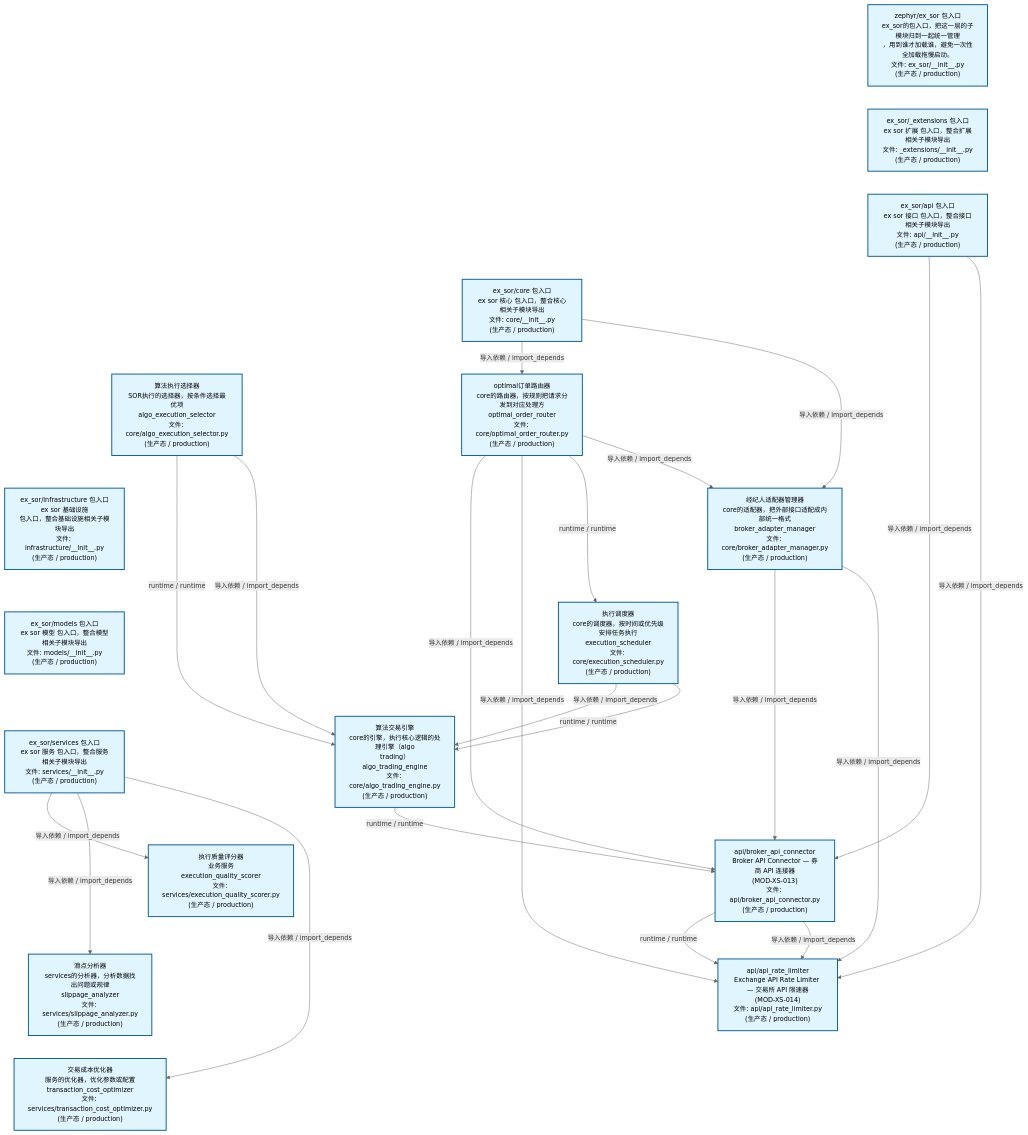
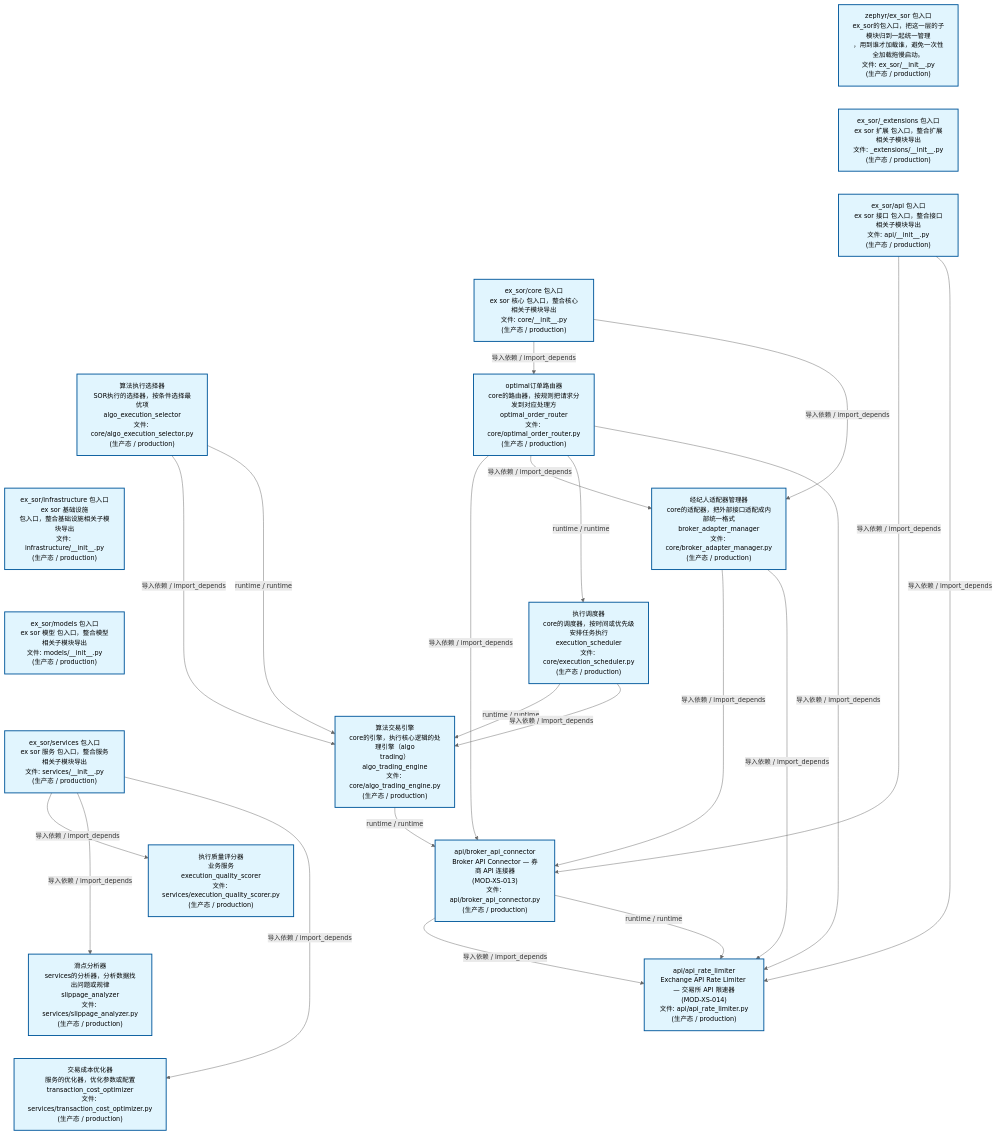
One commit to xuanFelixVan/ZephyrAlpha changed the second of 3 diagrams in docs/02_enterprise_architecture/02_domain_architecture_docs/45_d_ex_sor.md. Above: the diagram before and after it, drawn with Mermaid. The commit also changed other lines of this file and 46 other files, not shown here.

````diff
--- a/docs/02_enterprise_architecture/02_domain_architecture_docs/45_d_ex_sor.md
+++ b/docs/02_enterprise_architecture/02_domain_architecture_docs/45_d_ex_sor.md
@@ -134,57 +134,57 @@
 ```mermaid
 %%{init: {'theme': 'base', 'themeVariables': {'primaryColor': '#eaeaea', 'primaryTextColor': '#333333', 'primaryBorderColor': '#666666', 'lineColor': '#666666', 'secondaryColor': '#eaeaea', 'tertiaryColor': '#eaeaea', 'fontSize': '14px'}}}%%
 flowchart TD
     src_zephyr_ex_sor_init_py["zephyr/ex_sor 包入口<br/>ex_sor的包入口，把这一层的子模块归到一起统一管理<br/>，用到谁才加载谁，避免一次性全加载拖慢启动。<br/>文件: ex_sor/__init__.py<br/>(生产态 / production)"]
     src_zephyr_ex_sor_extensions_init_py["ex_sor/_extensions 包入口<br/>ex sor 扩展 包入口，整合扩展相关子模块导出<br/>文件: _extensions/__init__.py<br/>(生产态 / production)"]
     src_zephyr_ex_sor_api_init_py["ex_sor/api 包入口<br/>ex sor 接口 包入口，整合接口相关子模块导出<br/>文件: api/__init__.py<br/>(生产态 / production)"]
     src_zephyr_ex_sor_core_init_py["ex_sor/core 包入口<br/>ex sor 核心 包入口，整合核心相关子模块导出<br/>文件: core/__init__.py<br/>(生产态 / production)"]
     src_zephyr_ex_sor_core_algo_execution_selector_py["算法执行选择器<br/>SOR执行的选择器，按条件选择最优项<br/>algo_execution_selector<br/>文件: core/algo_execution_selector.py<br/>(生产态 / production)"]
     src_zephyr_ex_sor_infrastructure_init_py["ex_sor/infrastructure 包入口<br/>ex sor 基础设施<br/>包入口，整合基础设施相关子模块导出<br/>文件: infrastructure/__init__.py<br/>(生产态 / production)"]
     src_zephyr_ex_sor_models_init_py["ex_sor/models 包入口<br/>ex sor 模型 包入口，整合模型相关子模块导出<br/>文件: models/__init__.py<br/>(生产态 / production)"]
     src_zephyr_ex_sor_services_init_py["ex_sor/services 包入口<br/>ex sor 服务 包入口，整合服务相关子模块导出<br/>文件: services/__init__.py<br/>(生产态 / production)"]
     src_zephyr_ex_sor_init_py ~~~ src_zephyr_ex_sor_extensions_init_py
     src_zephyr_ex_sor_extensions_init_py ~~~ src_zephyr_ex_sor_api_init_py
     src_zephyr_ex_sor_api_init_py ~~~ src_zephyr_ex_sor_core_init_py
     src_zephyr_ex_sor_core_init_py ~~~ src_zephyr_ex_sor_core_algo_execution_selector_py
     src_zephyr_ex_sor_core_algo_execution_selector_py ~~~ src_zephyr_ex_sor_infrastructure_init_py
     src_zephyr_ex_sor_infrastructure_init_py ~~~ src_zephyr_ex_sor_models_init_py
     src_zephyr_ex_sor_models_init_py ~~~ src_zephyr_ex_sor_services_init_py
     src_zephyr_ex_sor_core_optimal_order_router_py["optimal订单路由器<br/>core的路由器，按规则把请求分发到对应处理方<br/>optimal_order_router<br/>文件: core/optimal_order_router.py<br/>(生产态 / production)"]
     src_zephyr_ex_sor_services_execution_quality_scorer_py["执行质量评分器<br/>业务服务<br/>execution_quality_scorer<br/>文件: services/execution_quality_scorer.py<br/>(生产态 / production)"]
     src_zephyr_ex_sor_services_slippage_analyzer_py["滑点分析器<br/>services的分析器，分析数据找出问题或规律<br/>slippage_analyzer<br/>文件: services/slippage_analyzer.py<br/>(生产态 / production)"]
     src_zephyr_ex_sor_services_transaction_cost_optimizer_py["交易成本优化器<br/>服务的优化器，优化参数或配置<br/>transaction_cost_optimizer<br/>文件: services/transaction_cost_optimizer.py<br/>(生产态 / production)"]
     src_zephyr_ex_sor_core_optimal_order_router_py ~~~ src_zephyr_ex_sor_services_execution_quality_scorer_py
     src_zephyr_ex_sor_services_execution_quality_scorer_py ~~~ src_zephyr_ex_sor_services_slippage_analyzer_py
     src_zephyr_ex_sor_services_slippage_analyzer_py ~~~ src_zephyr_ex_sor_services_transaction_cost_optimizer_py
     src_zephyr_ex_sor_core_broker_adapter_manager_py["经纪人适配器管理器<br/>core的适配器，把外部接口适配成内部统一格式<br/>broker_adapter_manager<br/>文件: core/broker_adapter_manager.py<br/>(生产态 / production)"]
     src_zephyr_ex_sor_core_execution_scheduler_py["执行调度器<br/>core的调度器，按时间或优先级安排任务执行<br/>execution_scheduler<br/>文件: core/execution_scheduler.py<br/>(生产态 / production)"]
     src_zephyr_ex_sor_core_broker_adapter_manager_py ~~~ src_zephyr_ex_sor_core_execution_scheduler_py
     src_zephyr_ex_sor_core_algo_trading_engine_py["算法交易引擎<br/>core的引擎，执行核心逻辑的处理引擎（algo<br/>trading）<br/>algo_trading_engine<br/>文件: core/algo_trading_engine.py<br/>(生产态 / production)"]
     src_zephyr_ex_sor_api_broker_api_connector_py["api/broker_api_connector<br/>Broker API Connector — 券商 API 连接器<br/>(MOD-XS-013)<br/>文件: api/broker_api_connector.py<br/>(生产态 / production)"]
     src_zephyr_ex_sor_api_api_rate_limiter_py["api/api_rate_limiter<br/>Exchange API Rate Limiter — 交易所 API 限速器<br/>(MOD-XS-014)<br/>文件: api/api_rate_limiter.py<br/>(生产态 / production)"]
+    src_zephyr_ex_sor_api_broker_api_connector_py -->|导入依赖 / import_depends| src_zephyr_ex_sor_api_api_rate_limiter_py
     src_zephyr_ex_sor_api_broker_api_connector_py -->|runtime / runtime| src_zephyr_ex_sor_api_api_rate_limiter_py
-    src_zephyr_ex_sor_api_broker_api_connector_py -->|导入依赖 / import_depends| src_zephyr_ex_sor_api_api_rate_limiter_py
+    src_zephyr_ex_sor_core_algo_execution_selector_py -->|导入依赖 / import_depends| src_zephyr_ex_sor_core_algo_trading_engine_py
     src_zephyr_ex_sor_core_algo_execution_selector_py -->|runtime / runtime| src_zephyr_ex_sor_core_algo_trading_engine_py
-    src_zephyr_ex_sor_core_algo_execution_selector_py -->|导入依赖 / import_depends| src_zephyr_ex_sor_core_algo_trading_engine_py
+    src_zephyr_ex_sor_core_optimal_order_router_py -->|导入依赖 / import_depends| src_zephyr_ex_sor_api_broker_api_connector_py
+    src_zephyr_ex_sor_core_optimal_order_router_py -->|导入依赖 / import_depends| src_zephyr_ex_sor_core_broker_adapter_manager_py
+    src_zephyr_ex_sor_core_optimal_order_router_py -->|runtime / runtime| src_zephyr_ex_sor_core_execution_scheduler_py
+    src_zephyr_ex_sor_core_optimal_order_router_py -->|导入依赖 / import_depends| src_zephyr_ex_sor_api_api_rate_limiter_py
     src_zephyr_ex_sor_api_init_py -->|导入依赖 / import_depends| src_zephyr_ex_sor_api_broker_api_connector_py
     src_zephyr_ex_sor_api_init_py -->|导入依赖 / import_depends| src_zephyr_ex_sor_api_api_rate_limiter_py
-    src_zephyr_ex_sor_core_execution_scheduler_py -->|导入依赖 / import_depends| src_zephyr_ex_sor_core_algo_trading_engine_py
-    src_zephyr_ex_sor_core_execution_scheduler_py -->|runtime / runtime| src_zephyr_ex_sor_core_algo_trading_engine_py
-    src_zephyr_ex_sor_core_algo_trading_engine_py -->|runtime / runtime| src_zephyr_ex_sor_api_broker_api_connector_py
-    src_zephyr_ex_sor_core_optimal_order_router_py -->|导入依赖 / import_depends| src_zephyr_ex_sor_api_broker_api_connector_py
-    src_zephyr_ex_sor_core_optimal_order_router_py -->|导入依赖 / import_depends| src_zephyr_ex_sor_api_api_rate_limiter_py
-    src_zephyr_ex_sor_core_optimal_order_router_py -->|runtime / runtime| src_zephyr_ex_sor_core_execution_scheduler_py
-    src_zephyr_ex_sor_core_optimal_order_router_py -->|导入依赖 / import_depends| src_zephyr_ex_sor_core_broker_adapter_manager_py
     src_zephyr_ex_sor_core_broker_adapter_manager_py -->|导入依赖 / import_depends| src_zephyr_ex_sor_api_broker_api_connector_py
     src_zephyr_ex_sor_core_broker_adapter_manager_py -->|导入依赖 / import_depends| src_zephyr_ex_sor_api_api_rate_limiter_py
+    src_zephyr_ex_sor_core_execution_scheduler_py -->|runtime / runtime| src_zephyr_ex_sor_core_algo_trading_engine_py
+    src_zephyr_ex_sor_core_execution_scheduler_py -->|导入依赖 / import_depends| src_zephyr_ex_sor_core_algo_trading_engine_py
     src_zephyr_ex_sor_core_init_py -->|导入依赖 / import_depends| src_zephyr_ex_sor_core_optimal_order_router_py
     src_zephyr_ex_sor_core_init_py -->|导入依赖 / import_depends| src_zephyr_ex_sor_core_broker_adapter_manager_py
+    src_zephyr_ex_sor_core_algo_trading_engine_py -->|runtime / runtime| src_zephyr_ex_sor_api_broker_api_connector_py
     src_zephyr_ex_sor_services_init_py -->|导入依赖 / import_depends| src_zephyr_ex_sor_services_execution_quality_scorer_py
     src_zephyr_ex_sor_services_init_py -->|导入依赖 / import_depends| src_zephyr_ex_sor_services_slippage_analyzer_py
     src_zephyr_ex_sor_services_init_py -->|导入依赖 / import_depends| src_zephyr_ex_sor_services_transaction_cost_optimizer_py
     classDef production fill:#e1f5fe,stroke:#01579b,stroke-width:2px,color:#000
     classDef design fill:#fff3e0,stroke:#e65100,stroke-width:2px,color:#000,stroke-dasharray: 5 5
     classDef external_prod fill:#e8f4fd,stroke:#0277bd,stroke-width:1px,color:#000
     classDef external_design fill:#fff8e7,stroke:#ef6c00,stroke-width:1px,color:#000,stroke-dasharray: 5 5
     class src_zephyr_ex_sor_init_py,src_zephyr_ex_sor_extensions_init_py,src_zephyr_ex_sor_api_init_py,src_zephyr_ex_sor_api_api_rate_limiter_py,src_zephyr_ex_sor_api_broker_api_connector_py,src_zephyr_ex_sor_core_init_py,src_zephyr_ex_sor_core_algo_execution_selector_py,src_zephyr_ex_sor_core_algo_trading_engine_py,src_zephyr_ex_sor_core_broker_adapter_manager_py,src_zephyr_ex_sor_core_execution_scheduler_py,src_zephyr_ex_sor_core_optimal_order_router_py,src_zephyr_ex_sor_infrastructure_init_py,src_zephyr_ex_sor_models_init_py,src_zephyr_ex_sor_services_init_py,src_zephyr_ex_sor_services_execution_quality_scorer_py,src_zephyr_ex_sor_services_slippage_analyzer_py,src_zephyr_ex_sor_services_transaction_cost_optimizer_py production
 ```
````
